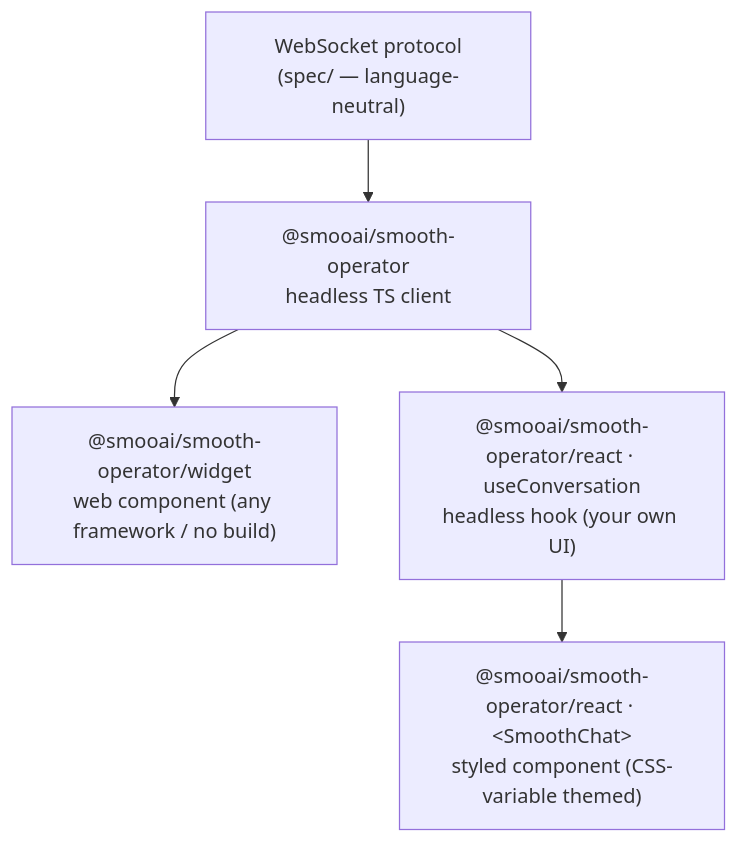
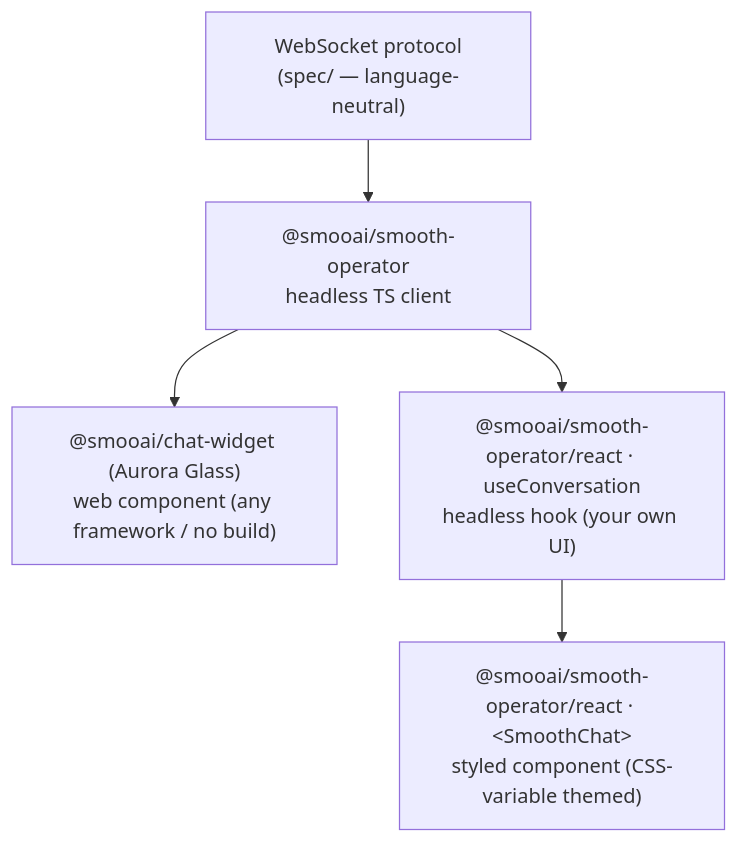
Before and after one commit to SmooAI/smooth-operator: the diagram in docs/Guides/React Components and Custom UIs.md, drawn with Mermaid. The commit also changed other lines of this file, not shown here.

First line of the commit message:
docs(guide): point the embeddable-widget path at @smooai/chat-widget (Aurora Glass)

````diff
--- a/docs/Guides/React Components and Custom UIs.md
+++ b/docs/Guides/React Components and Custom UIs.md
@@ -9,10 +11,10 @@
 ```mermaid
 flowchart TD
   P["WebSocket protocol<br/>(spec/ — language-neutral)"]
   C["@smooai/smooth-operator<br/>headless TS client"]
-  W["@smooai/smooth-operator/widget<br/>web component (any framework / no build)"]
+  W["@smooai/chat-widget (Aurora Glass)<br/>web component (any framework / no build)"]
   H["@smooai/smooth-operator/react · useConversation<br/>headless hook (your own UI)"]
   S["@smooai/smooth-operator/react · &lt;SmoothChat&gt;<br/>styled component (CSS-variable themed)"]
   P --> C --> W
   C --> H --> S
 ```
````
